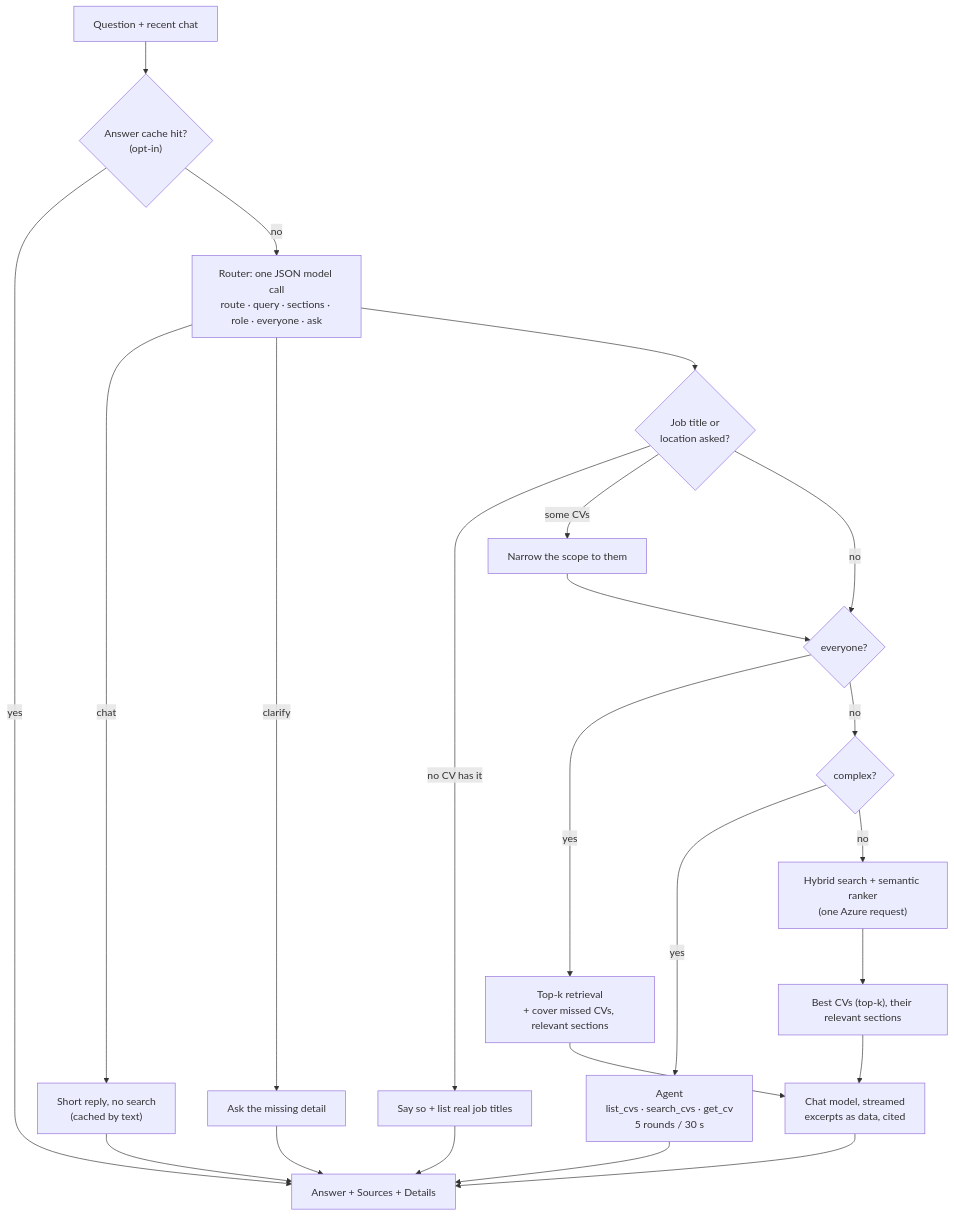
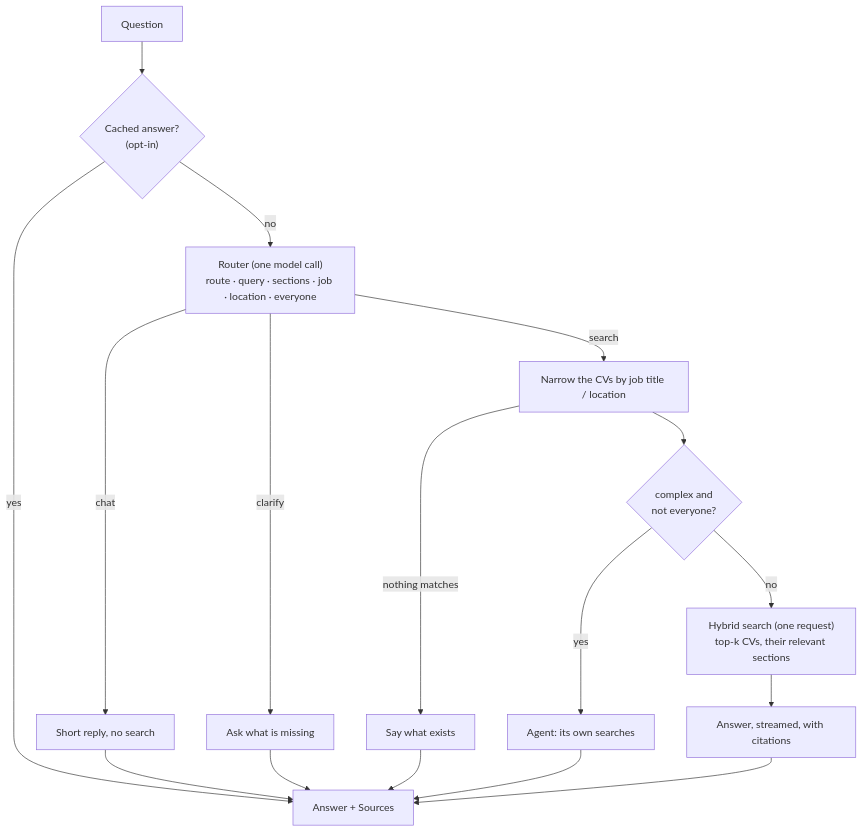
The second of 2 diagrams in README.md (sherif2004/chat-with-cv), drawn with Mermaid before and after one commit. The commit also changed other lines of this file, not shown here.

````diff
--- a/README.md
+++ b/README.md
@@ -165,28 +150,19 @@
 ```mermaid
 flowchart TD
-    Q["Question + recent chat"] --> AC{"Answer cache hit?<br/>(opt-in)"}
-    AC -- yes --> OUT
-    AC -- no --> R["Router: one JSON model call<br/>route · query · sections · role · everyone · ask"]
-
-    R -- chat --> CH["Short reply, no search<br/>(cached by text)"]
-    R -- clarify --> CL["Ask the missing detail"]
-    R --> RO{"Job title or<br/>location asked?"}
-    RO -- "no CV has it" --> RM["Say so + list real job titles"]
-    RO -- "some CVs" --> SC["Narrow the scope to them"]
-    RO -- no --> EV
-    SC --> EV{"everyone?"}
-
-    EV -- yes --> TK["Top-k retrieval<br/>+ cover missed CVs, relevant sections"]
-    EV -- no --> CX{"complex?"}
-    CX -- yes --> AG["Agent<br/>list_cvs · search_cvs · get_cv<br/>5 rounds / 30 s"]
-    CX -- no --> HS["Hybrid search + semantic ranker<br/>(one Azure request)"]
-    HS --> TP["Best CVs (top-k), their relevant sections"]
-
-    TK --> GEN
-    TP --> GEN["Chat model, streamed<br/>excerpts as data, cited"]
+    Q["Question"] --> A{"Cached answer?<br/>(opt-in)"}
+    A -- yes --> OUT
+    A -- no --> R["Router (one model call)<br/>route · query · sections · job · location · everyone"]
+    R -- "chat" --> CH["Short reply, no search"]
+    R -- "clarify" --> CL["Ask what is missing"]
+    R -- "search" --> F["Narrow the CVs by job title / location"]
+    F -- "nothing matches" --> M["Say what exists"]
+    F --> X{"complex and<br/>not everyone?"}
+    X -- yes --> AG["Agent: its own searches"]
+    X -- no --> S["Hybrid search (one request)<br/>top-k CVs, their relevant sections"]
+    S --> G["Answer, streamed, with citations"]
+    CH --> OUT["Answer + Sources"]
+    CL --> OUT
+    M --> OUT
     AG --> OUT
-    GEN --> OUT["Answer + Sources + Details"]
-    CH --> OUT
-    CL --> OUT
-    RM --> OUT
+    G --> OUT
 ```
````
